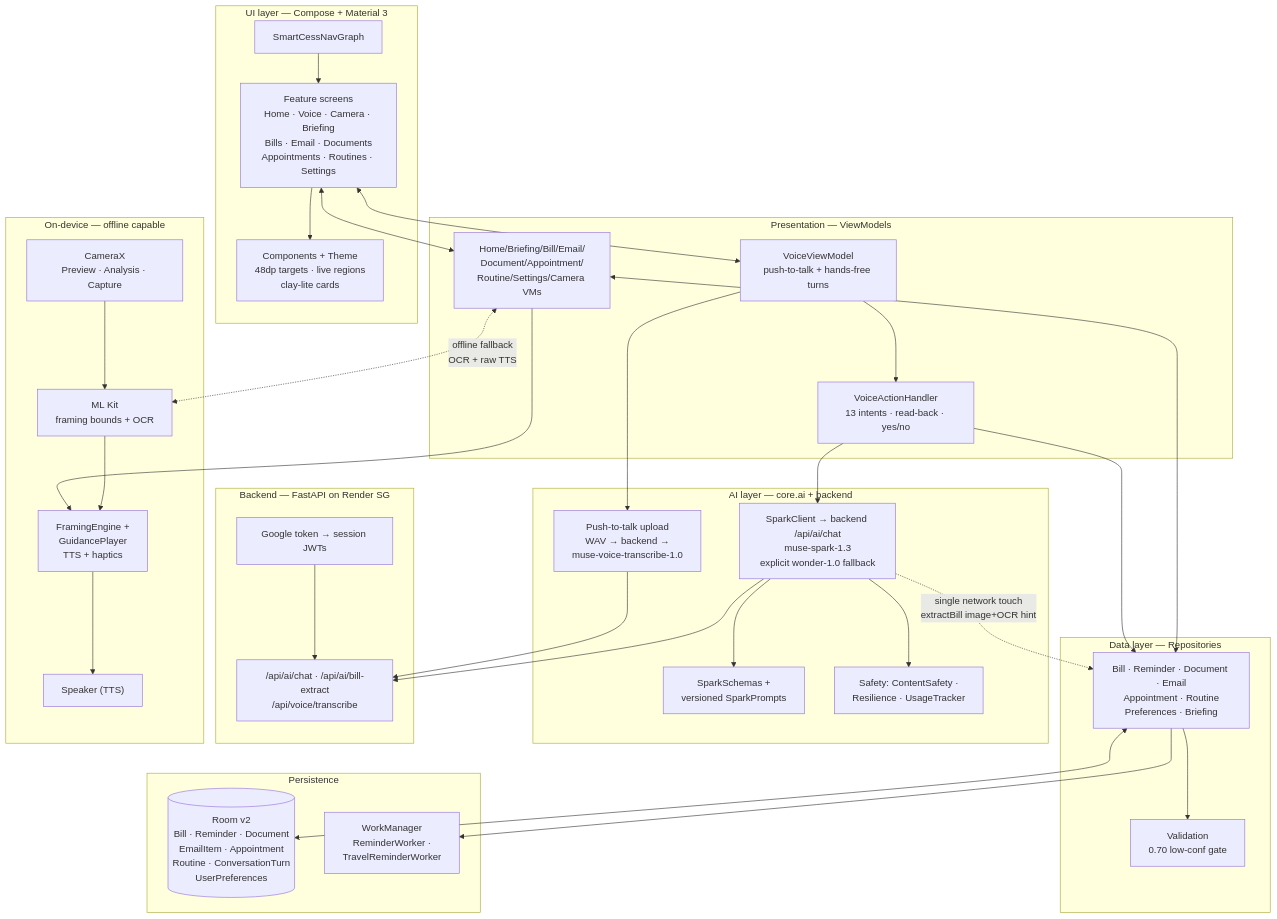
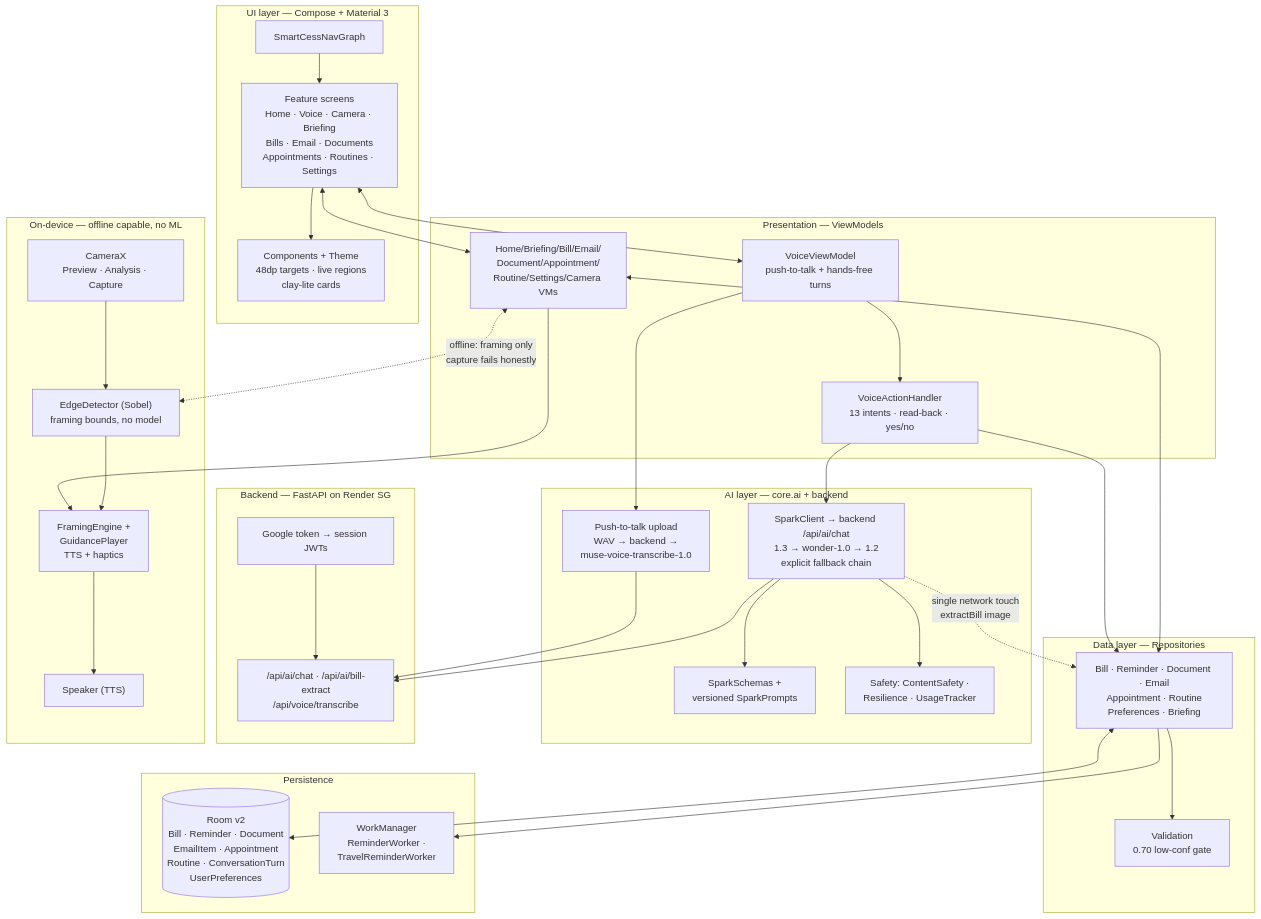
The diagram in ARCHITECTURE.md (mauricealam/SmartCess), drawn with Mermaid before and after one commit. The commit also changed other lines of this file and 28 other files, not shown here.

First line of the commit message:
cam.29: remove ML Kit, ship no-model edge guidance (Meta-only runtime)

````diff
--- a/ARCHITECTURE.md
+++ b/ARCHITECTURE.md
@@ -11,67 +11,67 @@
 ```mermaid
 flowchart TB
     subgraph UI["UI layer — Compose + Material 3"]
         NAV["SmartCessNavGraph"]
         SCR["Feature screens<br/>Home · Voice · Camera · Briefing<br/>Bills · Email · Documents<br/>Appointments · Routines · Settings"]
         CMP["Components + Theme<br/>48dp targets · live regions<br/>clay-lite cards"]
         SCR --> CMP
         NAV --> SCR
     end
 
     subgraph VM["Presentation — ViewModels"]
         HVM["Home/Briefing/Bill/Email/<br/>Document/Appointment/<br/>Routine/Settings/Camera VMs"]
         VVM["VoiceViewModel<br/>push-to-talk + hands-free turns"]
         ACT["VoiceActionHandler<br/>13 intents · read-back · yes/no"]
         VVM --> ACT
     end
 
     subgraph DATA["Data layer — Repositories"]
         REPO["Bill · Reminder · Document · Email<br/>Appointment · Routine<br/>Preferences · Briefing"]
         VAL["Validation<br/>0.70 low-conf gate"]
         REPO --> VAL
     end
 
     subgraph AI["AI layer — core.ai + backend"]
         STT["Push-to-talk upload<br/>WAV → backend →<br/>muse-voice-transcribe-1.0"]
-        SPK["SparkClient → backend /api/ai/chat<br/>muse-spark-1.3<br/>explicit wonder-1.0 fallback"]
+        SPK["SparkClient → backend /api/ai/chat<br/>1.3 → wonder-1.0 → 1.2<br/>explicit fallback chain"]
         SCH["SparkSchemas +<br/>versioned SparkPrompts"]
         SFE["Safety: ContentSafety ·<br/>Resilience · UsageTracker"]
         SPK --> SCH
         SPK --> SFE
     end
 
     subgraph BACK["Backend — FastAPI on Render SG"]
         AUTH["Google token → session JWTs"]
         PROXY["/api/ai/chat · /api/ai/bill-extract<br/>/api/voice/transcribe"]
         AUTH --> PROXY
     end
 
-    subgraph DEV["On-device — offline capable"]
-        MLK["ML Kit<br/>framing bounds + OCR"]
+    subgraph DEV["On-device — offline capable, no ML"]
+        EDGE["EdgeDetector (Sobel)<br/>framing bounds, no model"]
         FRM["FramingEngine +<br/>GuidancePlayer<br/>TTS + haptics"]
         CAM["CameraX<br/>Preview · Analysis · Capture"]
         SPKR["Speaker (TTS)"]
-        CAM --> MLK
-        MLK --> FRM
+        CAM --> EDGE
+        EDGE --> FRM
         FRM --> SPKR
     end
 
     subgraph STORE["Persistence"]
         ROOM[("Room v2<br/>Bill · Reminder · Document<br/>EmailItem · Appointment<br/>Routine · ConversationTurn<br/>UserPreferences")]
         WORK["WorkManager<br/>ReminderWorker ·<br/>TravelReminderWorker"]
     end
 
     SCR <--> HVM
     SCR <--> VVM
     HVM <--> REPO
     ACT --> REPO
     VVM --> STT
     ACT --> SPK
     HVM --> FRM
     SPK --> PROXY
     STT --> PROXY
     REPO <--> ROOM
     REPO --> WORK
-    SPK -.->|single network touch<br/>extractBill image+OCR hint| REPO
-    HVM <-.->|offline fallback<br/>OCR + raw TTS| MLK
+    SPK -.->|single network touch<br/>extractBill image| REPO
+    HVM <-.->|offline: framing only<br/>capture fails honestly| EDGE
 ```
````
